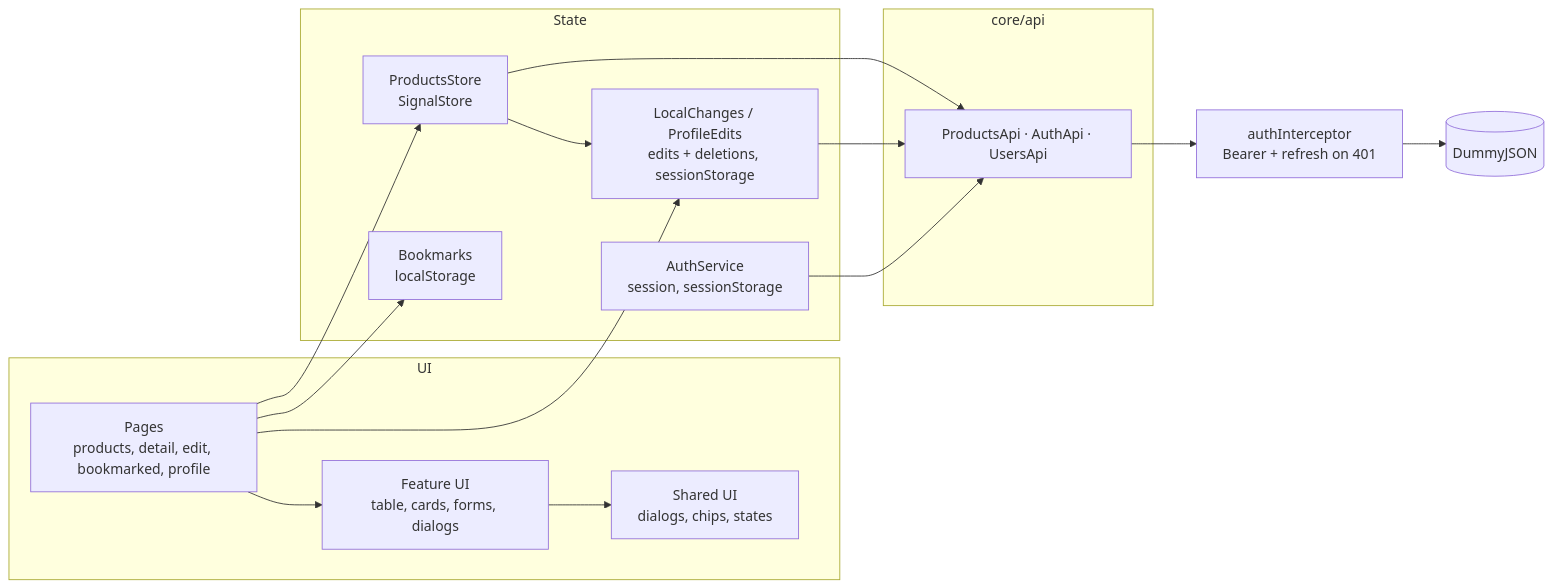
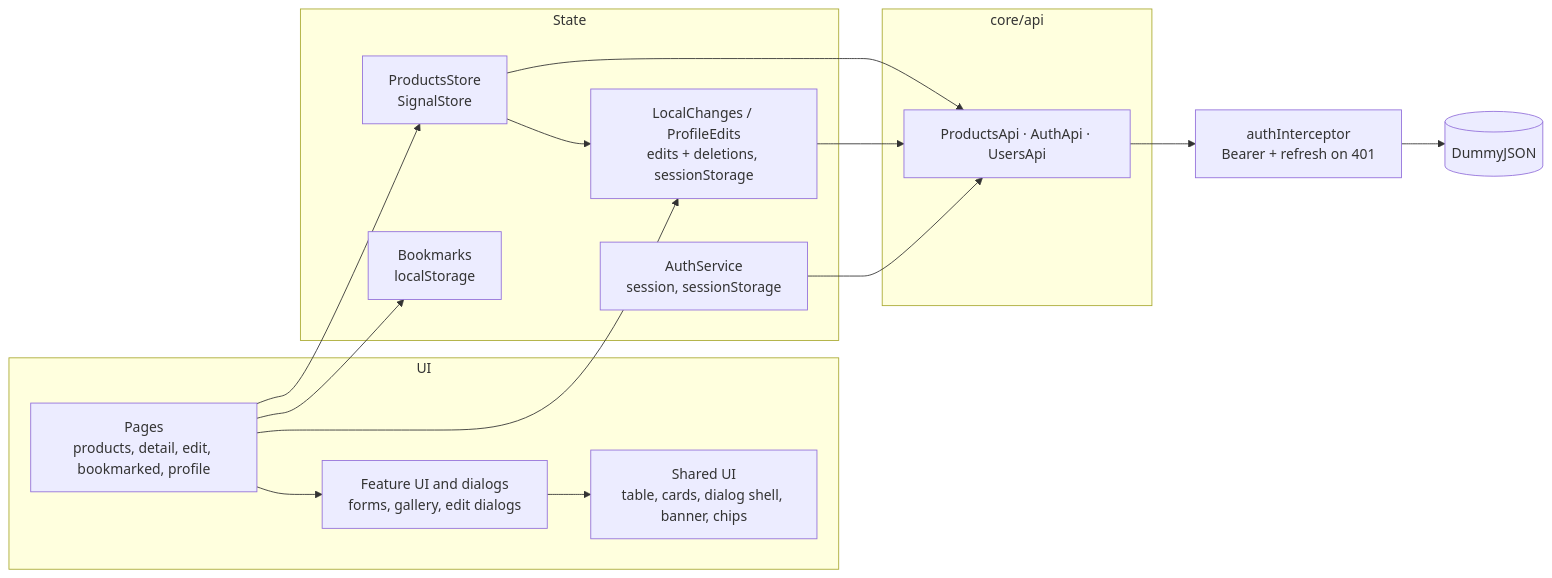
Before and after one commit to darija-cholakova/inventory-console: the diagram in README.md, drawn with Mermaid. The commit also changed other lines of this file and 47 other files, not shown here.

Commit message:
refactor: shared list views, dialogs, banner, error summary and back link; bookmarks to core, 21:23

````diff
--- a/README.md
+++ b/README.md
@@ -79,24 +90,24 @@
 ```mermaid
 flowchart LR
   subgraph UI
     Pages[Pages<br/>products, detail, edit, bookmarked, profile]
-    Ui[Feature UI<br/>table, cards, forms, dialogs]
-    Shared[Shared UI<br/>dialogs, chips, states]
+    Ui[Feature UI and dialogs<br/>forms, gallery, edit dialogs]
+    Shared[Shared UI<br/>table, cards, dialog shell, banner, chips]
   end
   subgraph State
     Store[ProductsStore<br/>SignalStore]
     Local[LocalChanges / ProfileEdits<br/>edits + deletions, sessionStorage]
     Bookmarks[Bookmarks<br/>localStorage]
     Auth[AuthService<br/>session, sessionStorage]
   end
   subgraph core/api
     Api[ProductsApi · AuthApi · UsersApi]
   end
   Interceptor[authInterceptor<br/>Bearer + refresh on 401]
   Pages --> Ui --> Shared
   Pages --> Store & Local & Bookmarks
   Store --> Local
   Store & Local --> Api
   Auth --> Api
   Api --> Interceptor --> DummyJSON[(DummyJSON)]
 ```
````
